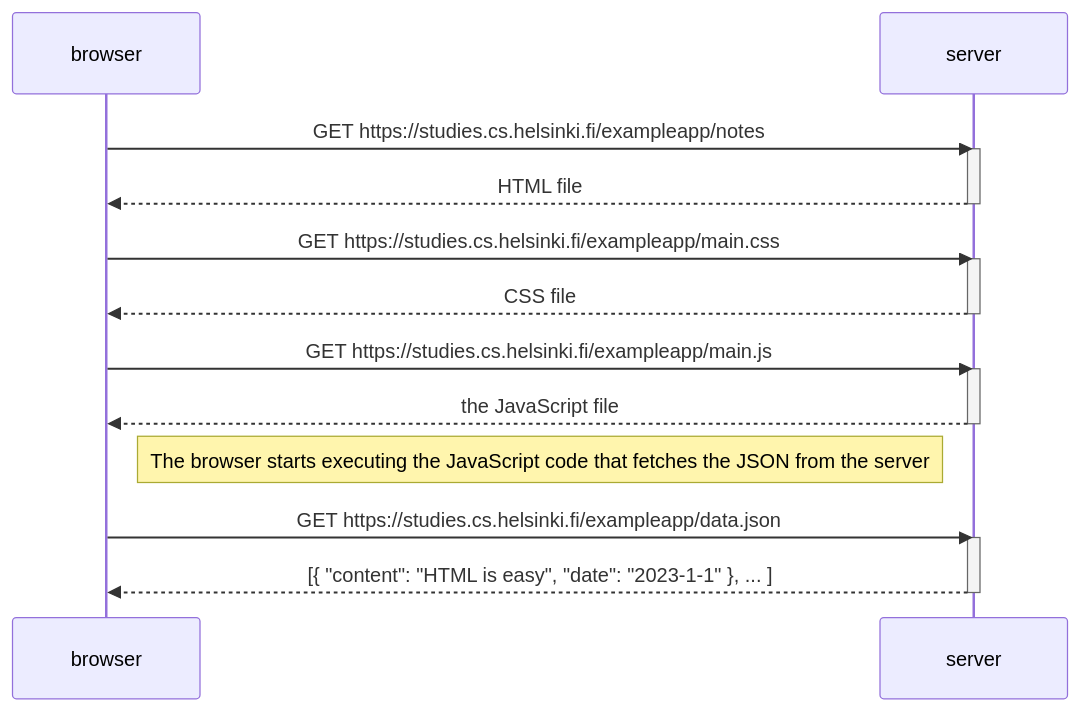
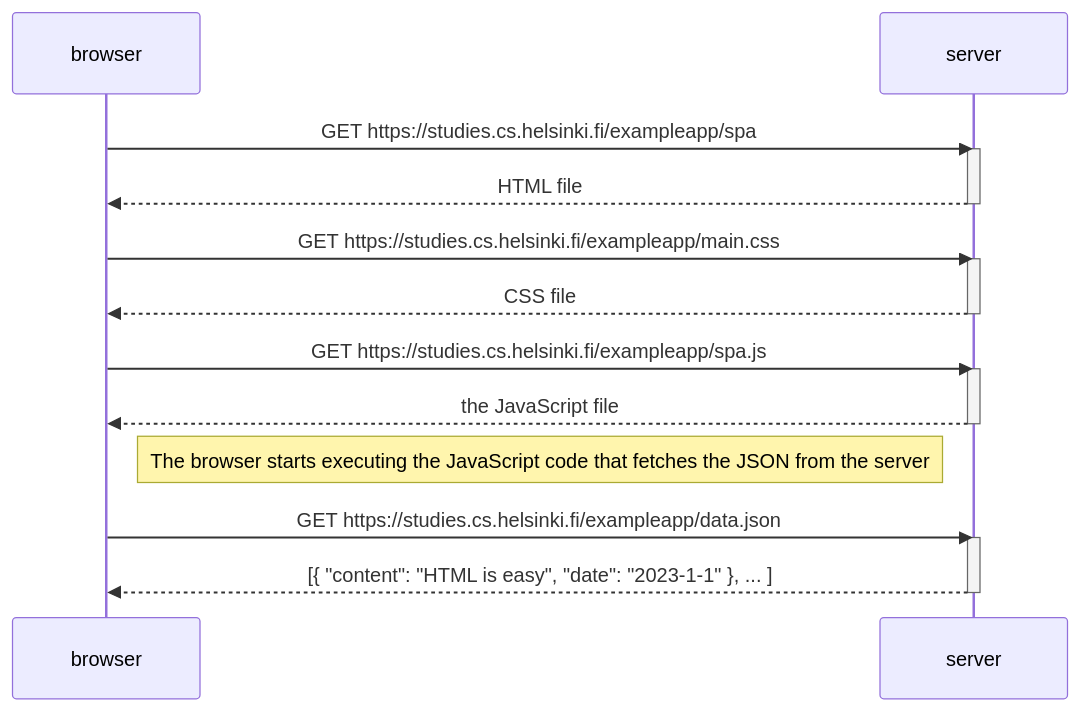
Before and after one commit to Bisyk/full-stack-open-2023: the diagram in part0/singlepageappdiagram/singlepageappdiagram.md, drawn with Mermaid.

````diff
--- a/part0/singlepageappdiagram/singlepageappdiagram.md
+++ b/part0/singlepageappdiagram/singlepageappdiagram.md
@@ -1,27 +1,27 @@
 ```mermaid
 sequenceDiagram
     participant browser
     participant server
 
-    browser->>server: GET https://studies.cs.helsinki.fi/exampleapp/notes
+    browser->>server: GET https://studies.cs.helsinki.fi/exampleapp/spa
     activate server
     server-->>browser: HTML file
     deactivate server
 
     browser->>server: GET https://studies.cs.helsinki.fi/exampleapp/main.css
     activate server
     server-->>browser: CSS file
     deactivate server
 
-    browser->>server: GET https://studies.cs.helsinki.fi/exampleapp/main.js
+    browser->>server: GET https://studies.cs.helsinki.fi/exampleapp/spa.js
     activate server
     server-->>browser: the JavaScript file
     deactivate server
 
     Note right of browser: The browser starts executing the JavaScript code that fetches the JSON from the server
 
     browser->>server: GET https://studies.cs.helsinki.fi/exampleapp/data.json
     activate server
     server-->>browser: [{ "content": "HTML is easy", "date": "2023-1-1" }, ... ]
     deactivate server
 ```
````
